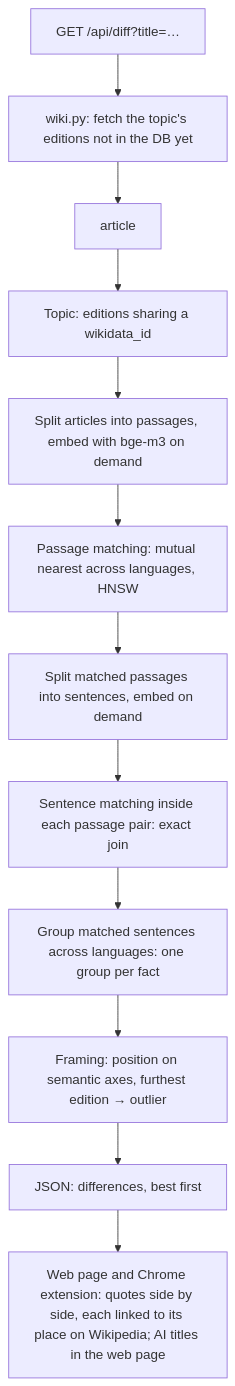
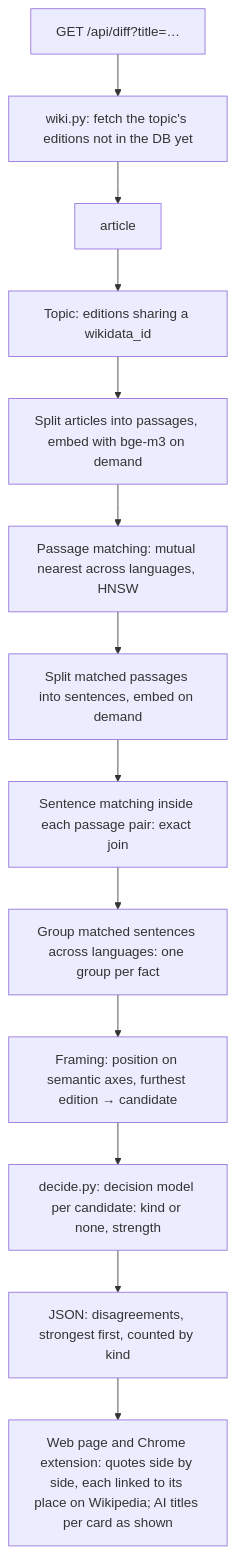
The first of 7 diagrams in docs/how-it-works.md (ardubev16/junction2026), drawn with Mermaid before and after one commit. The commit also changed other lines of this file and 23 other files, not shown here.

First line of the commit message:
feat!: a decision model judges every finding: false positives never shown, kinds counted and filtered, strongest first

````diff
--- a/docs/how-it-works.md
+++ b/docs/how-it-works.md
@@ -20,14 +21,15 @@
 ```mermaid
 flowchart TD
   Q[GET /api/diff?title=…] --> W[wiki.py: fetch the topic's editions not in the DB yet]
   W --> A[article]
   A --> T[Topic: editions sharing a wikidata_id]
   T --> E1[Split articles into passages, embed with bge-m3 on demand]
   E1 --> P[Passage matching: mutual nearest across languages, HNSW]
   P --> E2[Split matched passages into sentences, embed on demand]
   E2 --> S[Sentence matching inside each passage pair: exact join]
   S --> G[Group matched sentences across languages: one group per fact]
-  G --> F2[Framing: position on semantic axes, furthest edition → outlier]
-  F2 --> R[JSON: differences, best first]
-  R --> UI[Web page and Chrome extension: quotes side by side, each linked to its place on Wikipedia; AI titles in the web page]
+  G --> F2[Framing: position on semantic axes, furthest edition → candidate]
+  F2 --> D[decide.py: decision model per candidate: kind or none, strength]
+  D --> R[JSON: disagreements, strongest first, counted by kind]
+  R --> UI[Web page and Chrome extension: quotes side by side, each linked to its place on Wikipedia; AI titles per card as shown]
 ```
````
